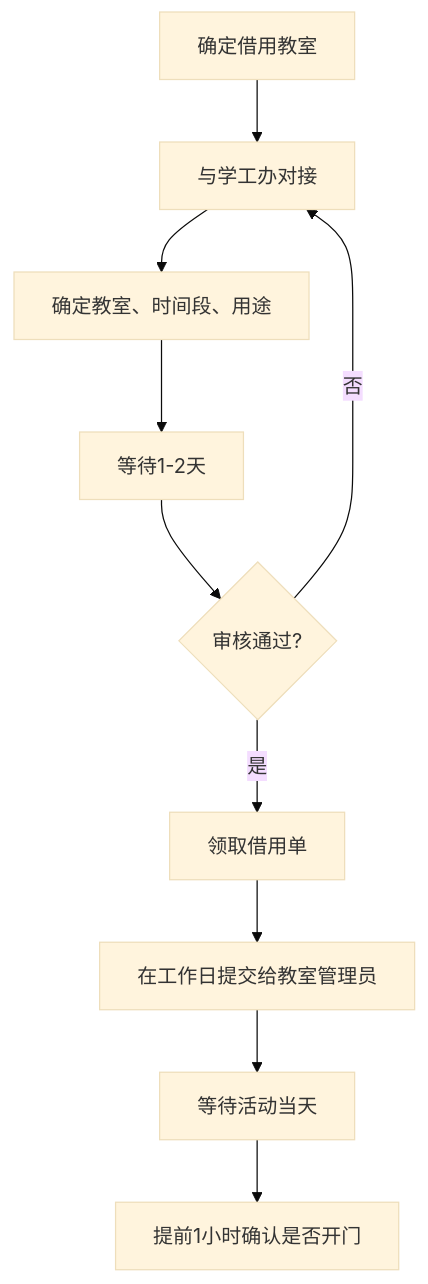
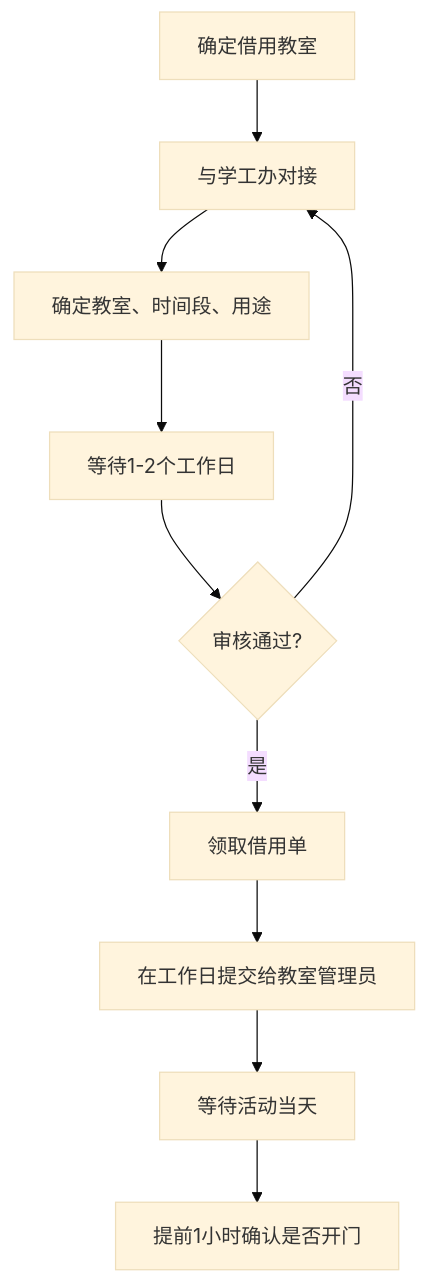
Before and after one commit to nbtca/documents: the diagram in process/2025/borrow-classroom.md, drawn with Mermaid (base theme). The commit also changed other lines of this file, not shown here.

````diff
--- a/process/2025/borrow-classroom.md
+++ b/process/2025/borrow-classroom.md
@@ -28,12 +28,12 @@
 ```mermaid
 graph TD
     A[确定借用教室] --> B[与学工办对接]
     B --> C[确定教室、时间段、用途]
-    C --> D[等待1-2天]
+    C --> D[等待1-2个工作日]
     D --> E{审核通过?}
     E -- 否 --> B
     E -- 是 --> F[领取借用单]
     F --> G[在工作日提交给教室管理员]
     G --> H[等待活动当天]
     H --> I[提前1小时确认是否开门]
 ```
````
